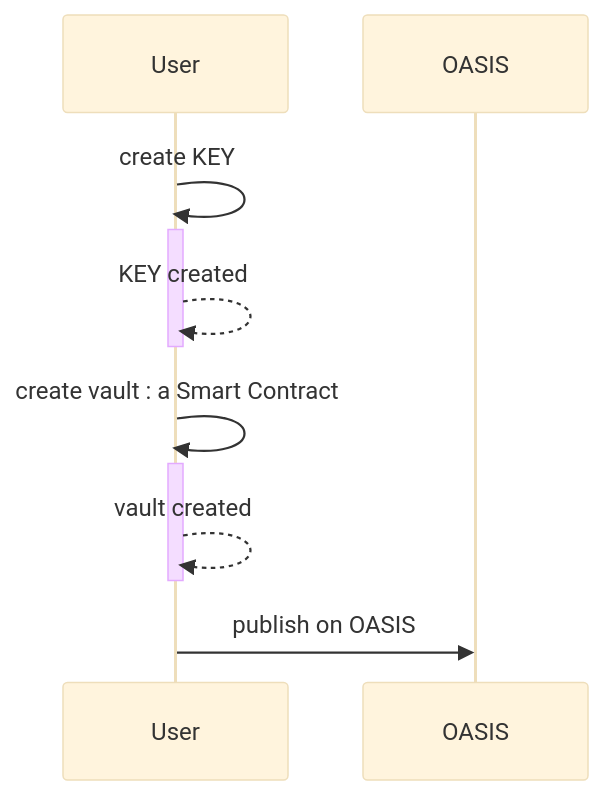
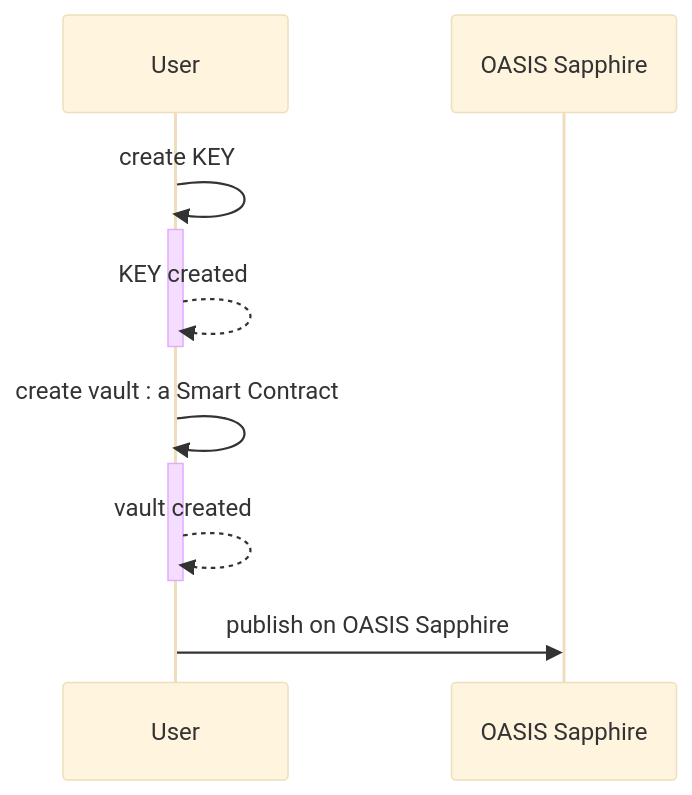
One commit to Matthieu-LAURENT39/LifeSignal changed the diagram in diagrams/case_vault_creation.mmd. Above: the diagram before and after it, drawn with Mermaid (base theme). The commit also changed 4 other files, not shown here.

```diff
--- a/diagrams/case_vault_creation.mmd
+++ b/diagrams/case_vault_creation.mmd
@@ -1,15 +1,15 @@
 sequenceDiagram
     participant User
-    participant OASIS
+    participant OASIS Sapphire
 
     User->>User: create KEY
     activate User
     User-->>User: KEY created
     deactivate User
 
     User->>User: create vault : a Smart Contract
     activate User
     User-->>User: vault created
     deactivate User
 
-    User->>OASIS: publish on OASIS
+    User->>OASIS Sapphire: publish on OASIS Sapphire
```
